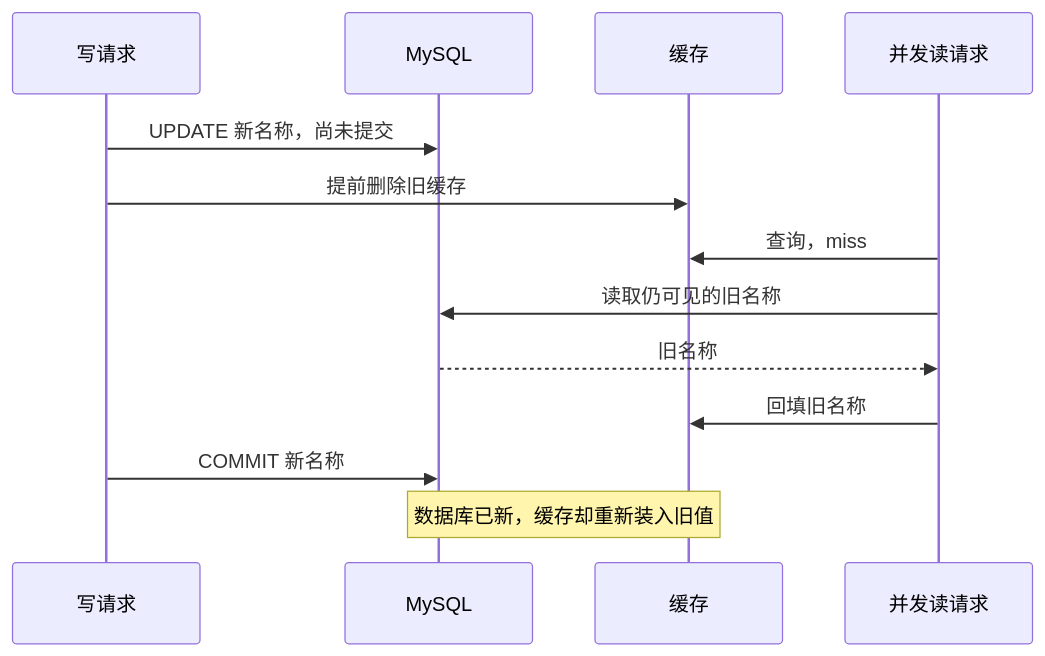
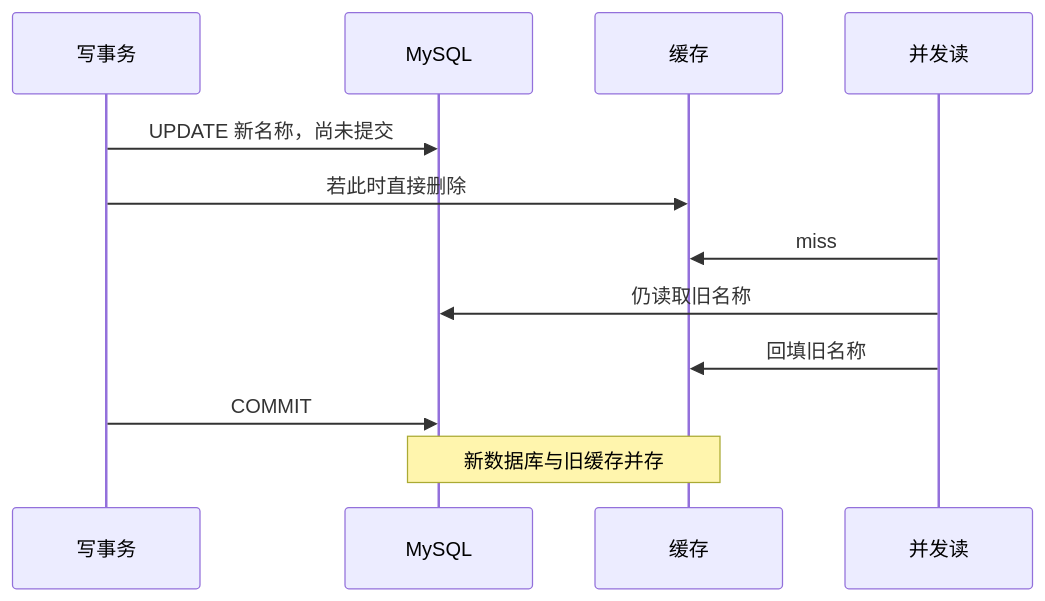
Before and after one commit to SyH-101/citypass-platform: the ninth of 13 diagrams in 04-最终一致性与缓存治理.md, drawn with Mermaid. The commit also changed other lines of this file and 1 other file, not shown here.

````diff
--- a/04-最终一致性与缓存治理.md
+++ b/04-最终一致性与缓存治理.md
@@ -893,15 +873,14 @@
 ```mermaid
 sequenceDiagram
-    participant W as 写请求
+    participant W as 写事务
     participant DB as MySQL
     participant C as 缓存
-    participant R as 并发读请求
+    participant R as 并发读
     W->>DB: UPDATE 新名称，尚未提交
-    W->>C: 提前删除旧缓存
-    R->>C: 查询，miss
-    R->>DB: 读取仍可见的旧名称
-    DB-->>R: 旧名称
+    W->>C: 若此时直接删除
+    R->>C: miss
+    R->>DB: 仍读取旧名称
     R->>C: 回填旧名称
-    W->>DB: COMMIT 新名称
-    Note over DB,C: 数据库已新，缓存却重新装入旧值
+    W->>DB: COMMIT
+    Note over DB,C: 新数据库与旧缓存并存
 ```
````
